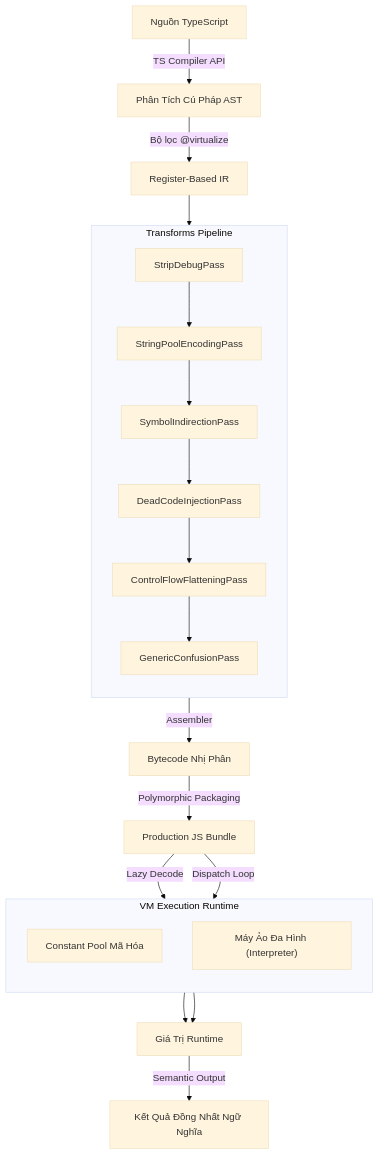
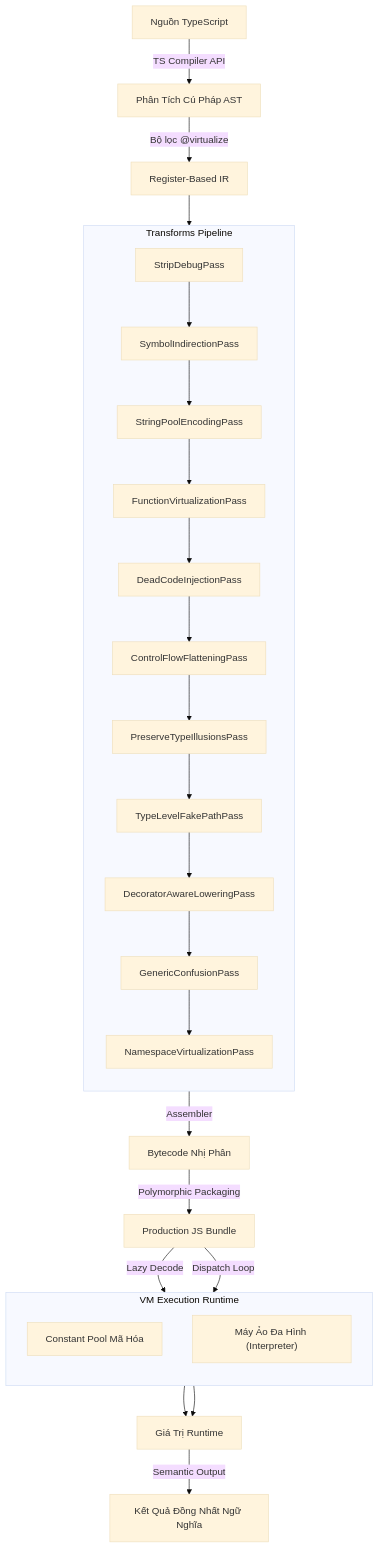
Before and after one commit to Tr0ngX/ts-vm-obfuscator: the diagram in README_VN.md, drawn with Mermaid (base theme). The commit also changed other lines of this file and 4 other files, not shown here.

First line of the commit message:
docs(architecture): update obfuscation pipeline and capabilities

````diff
--- a/README_VN.md
+++ b/README_VN.md
@@ -91,39 +91,49 @@
 ```mermaid
 graph TD
     A["Nguồn TypeScript"] -->|"TS Compiler API"| B["Phân Tích Cú Pháp AST"]
     B -->|"Bộ lọc @virtualize"| C["Register-Based IR"]
 
     subgraph T["Transforms Pipeline"]
         direction TB
         T1["StripDebugPass"]
-        T2["StringPoolEncodingPass"]
-        T3["SymbolIndirectionPass"]
-        T4["DeadCodeInjectionPass"]
-        T5["ControlFlowFlatteningPass"]
-        T6["GenericConfusionPass"]
+        T2["SymbolIndirectionPass"]
+        T3["StringPoolEncodingPass"]
+        T4["FunctionVirtualizationPass"]
+        T5["DeadCodeInjectionPass"]
+        T6["ControlFlowFlatteningPass"]
+        T7["PreserveTypeIllusionsPass"]
+        T8["TypeLevelFakePathPass"]
+        T9["DecoratorAwareLoweringPass"]
+        T10["GenericConfusionPass"]
+        T11["NamespaceVirtualizationPass"]
     end
     
     C --> T1
     T1 --> T2
     T2 --> T3
     T3 --> T4
     T4 --> T5
     T5 --> T6
+    T6 --> T7
+    T7 --> T8
+    T8 --> T9
+    T9 --> T10
+    T10 --> T11
 
-    T6 -->|"Assembler"| G["Bytecode Nhị Phân"]
+    T11 -->|"Assembler"| G["Bytecode Nhị Phân"]
     G -->|"Polymorphic Packaging"| H["Production JS Bundle"]
 
     subgraph R["VM Execution Runtime"]
         direction TB
         R1["Constant Pool Mã Hóa"]
         R2["Máy Ảo Đa Hình (Interpreter)"]
     end
     
     H -->|"Lazy Decode"| R1
     H -->|"Dispatch Loop"| R2
     
     R1 --> K["Giá Trị Runtime"]
     R2 --> K
-
+    
     K -->|"Semantic Output"| L["Kết Quả Đồng Nhất Ngữ Nghĩa"]
 ```
````
